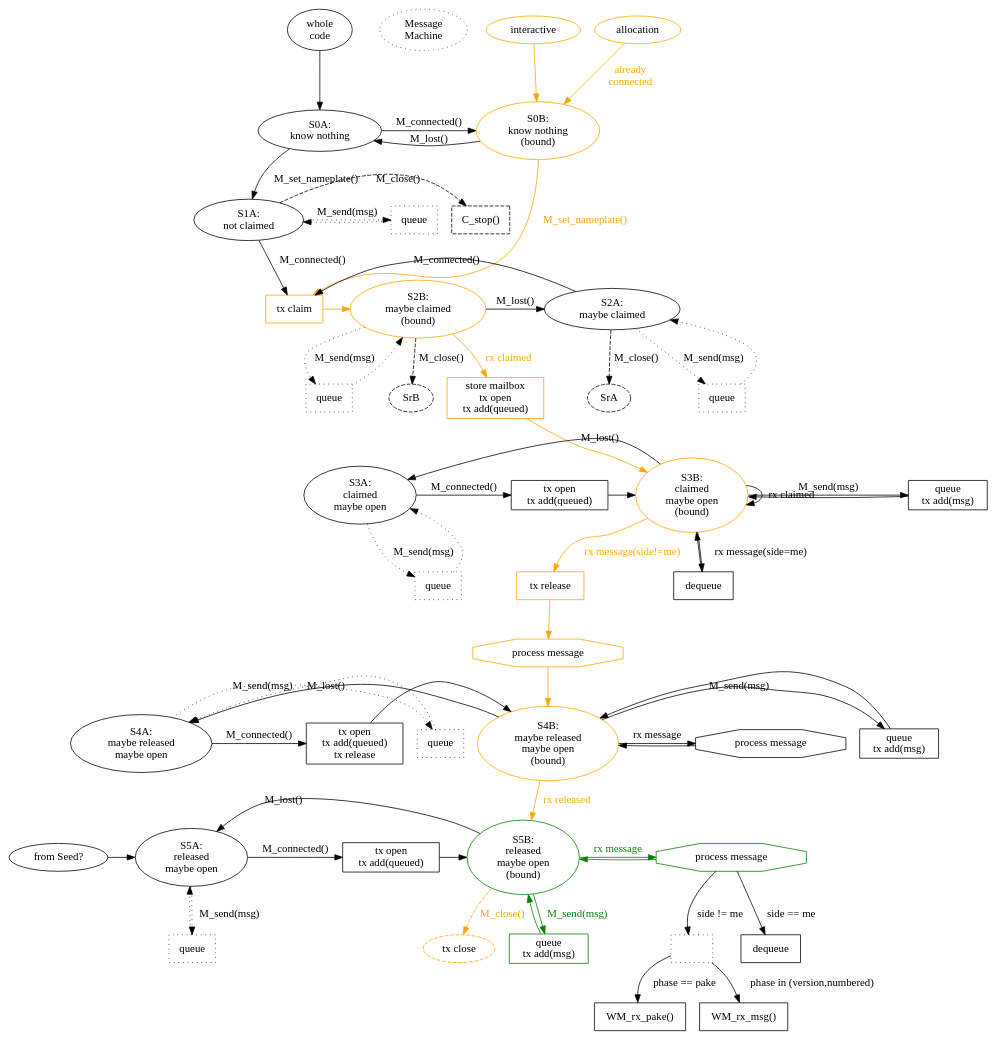
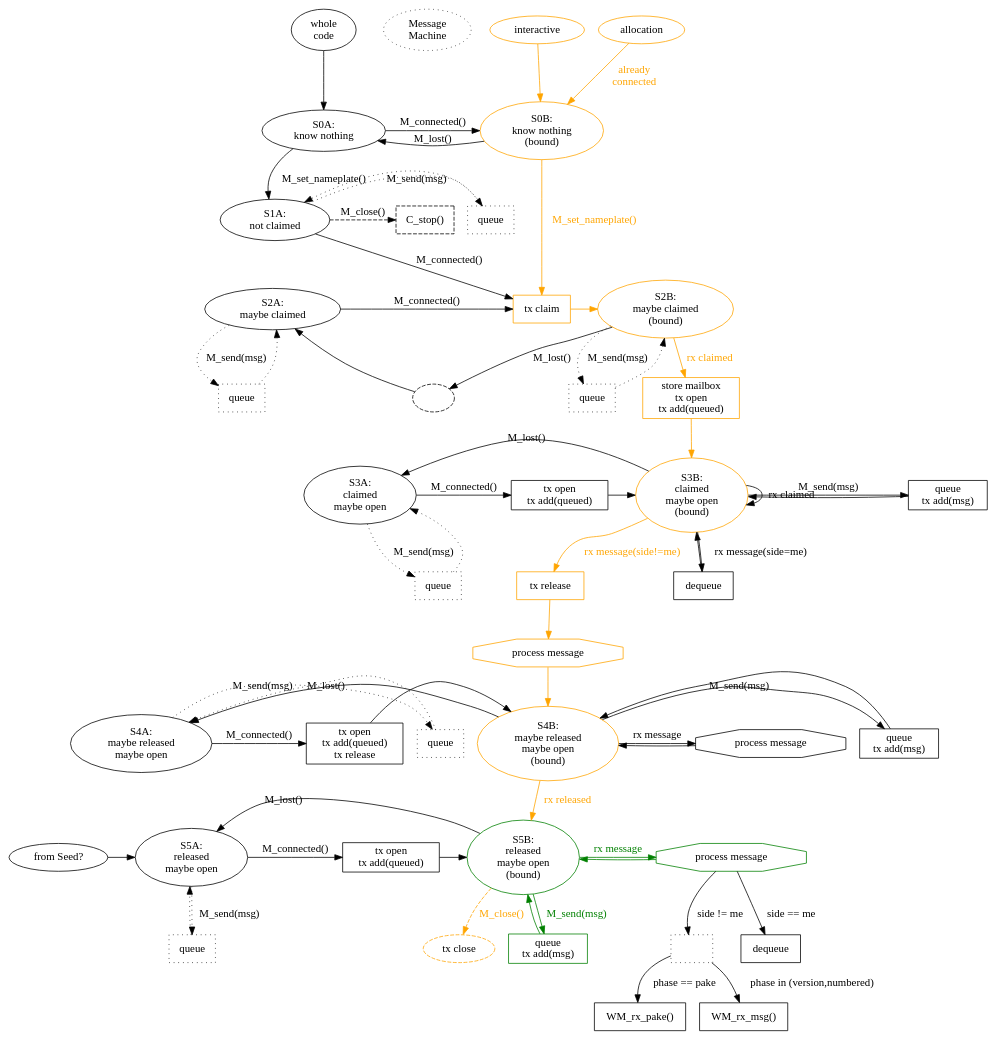
Before and after one commit to magic-wormhole/magic-wormhole: the diagram in docs/w2.dot, drawn with Graphviz. The commit also changed 4 other files, not shown here.

```diff
--- a/docs/w2.dot
+++ b/docs/w2.dot
@@ -1,147 +1,149 @@
 digraph {
         /* new idea */
 
         {rank=same; M_entry_whole_code M_title M_entry_allocation M_entry_interactive}
         M_entry_whole_code [label="whole\ncode"]
         M_entry_whole_code -> M_S0A
         M_title [label="Message\nMachine" style="dotted"]
         M_entry_whole_code -> M_title [style="invis"]
         M_entry_allocation [label="allocation" color="orange"]
         M_entry_allocation -> M_S0B [label="already\nconnected" color="orange" fontcolor="orange"]
         M_entry_interactive [label="interactive" color="orange"]
         M_entry_interactive -> M_S0B [color="orange"]
 
         {rank=same; M_S0A M_S0B}
         M_S0A [label="S0A:\nknow nothing"]
         M_S0B [label="S0B:\nknow nothing\n(bound)" color="orange"]
         M_S0A -> M_S0B [label="M_connected()"]
         M_S0B -> M_S0A [label="M_lost()"]
 
         M_S0A -> M_S1A [label="M_set_nameplate()"]
         M_S0B -> M_P2_claim [label="M_set_nameplate()" color="orange" fontcolor="orange"]
 
         {rank=same; M_S1A M_C_stop M_P1A_queue}
         M_S0B -> M_S2B [style="invis"]
         M_S1A -> M_S2A [style="invis"]
         M_S1A [label="S1A:\nnot claimed"]
         M_S1A -> M_P2_claim [label="M_connected()"]
         M_S1A -> M_C_stop [label="M_close()" style="dashed"]
         M_C_stop [shape="box" label="C_stop()" style="dashed"]
         M_S1A -> M_P1A_queue [label="M_send(msg)" style="dotted"]
         M_P1A_queue [shape="box" label="queue" style="dotted"]
         M_P1A_queue -> M_S1A [style="dotted"]
 
         {rank=same; M_S2B M_S2A M_P2_claim}
-        M_S1A -> M_S2A [style="invis"]
-        M_S2A -> M_S3A [style="invis"]
         M_S2A [label="S2A:\nmaybe claimed"]
         M_S2B [label="S2B:\nmaybe claimed\n(bound)" color="orange"]
-        M_S2B -> M_SrB [label="M_close()" style="dashed"]
-        M_SrB [label="SrB" style="dashed"]
-        M_S2A -> M_SrA [label="M_close()" style="dashed"]
-        M_SrA [label="SrA" style="dashed"]
+        #M_S2B -> M_SrB [label="M_close()" style="dashed"]
+        #M_SrB [label="SrB" style="dashed"]
+        #M_S2A -> M_SrA [label="M_close()" style="dashed"]
+        #M_SrA [label="SrA" style="dashed"]
 
         M_S2A -> M_P2_claim [label="M_connected()"]
-        M_S2B -> M_S2A [label="M_lost()"]
+        #M_S2B -> M_S2A [label="M_lost()"] # causes bad layout
+        M_S2B -> foo [label="M_lost()"]
+        foo [label="" style="dashed"]
+        foo -> M_S2A
+
         M_P2_claim [shape="box" label="tx claim" color="orange"]
         M_P2_claim -> M_S2B [color="orange"]
         M_S2A -> M_P2C_queue [label="M_send(msg)" style="dotted"]
         M_P2C_queue [shape="box" label="queue" style="dotted"]
         M_P2C_queue -> M_S2A [style="dotted"]
         M_S2B -> M_P2B_queue [label="M_send(msg)" style="dotted"]
         M_P2B_queue [shape="box" label="queue" style="dotted"]
         M_P2B_queue -> M_S2B [style="dotted"]
 
         M_S1A -> M_S3A [label="(none)" style="invis"]
         M_S2B -> M_P_open [label="rx claimed" color="orange" fontcolor="orange"]
         M_P_open [shape="box" label="store mailbox\ntx open\ntx add(queued)" color="orange"]
         M_P_open -> M_S3B [color="orange"]
 
         {rank=same; M_S3A M_S3B M_P3_open M_P3_send}
         M_S3A [label="S3A:\nclaimed\nmaybe open"]
         M_S3B [label="S3B:\nclaimed\nmaybe open\n(bound)" color="orange"]
         M_S3A -> M_P3_open [label="M_connected()"]
         M_S3B -> M_S3A [label="M_lost()"]
         M_P3_open [shape="box" label="tx open\ntx add(queued)"]
         M_P3_open -> M_S3B
         M_S3B -> M_S3B [label="rx claimed"]
         M_S3B -> M_P3_send [label="M_send(msg)"]
         M_P3_send [shape="box" label="queue\ntx add(msg)"]
         M_P3_send -> M_S3B
         M_S3A -> M_P3_queue [label="M_send(msg)" style="dotted"]
         M_P3_queue [shape="box" label="queue" style="dotted"]
         M_P3_queue -> M_S3A [style="dotted"]
 
         M_S3A -> M_S4A [label="(none)" style="invis"]
         M_S3B -> M_P3_process_ours [label="rx message(side=me)"]
         M_P3_process_ours [shape="box" label="dequeue"]
         M_P3_process_ours -> M_S3B
         M_S3B -> M_P3_process_theirs1 [label="rx message(side!=me)" color="orange" fontcolor="orange"]
         M_P3_process_theirs1 [shape="box" label="tx release" color="orange"]
         M_P3_process_theirs1 -> M_P3_process_theirs2 [color="orange"]
         M_P3_process_theirs2 [shape="octagon" label="process message" color="orange"]
         /* pay attention to the race here: this process_message() will
         deliver msg_pake to the WormholeMachine, which will compute_key() and
         M_send(version), and we're in between M_S1A (where M_send gets
         queued) and M_S3A (where M_send gets sent and queued), and we're no
         longer passing through the M_P3_open phase (which drains the queue).
         So there's a real possibility of the outbound msg_version getting
         dropped on the floor, or put in a queue but never delivered. */
         M_P3_process_theirs2 -> M_S4B [color="orange"]
 
         {rank=same; M_S4A M_P4_release M_S4B M_P4_process M_P4_send M_P4_queue}
         M_S4A [label="S4A:\nmaybe released\nmaybe open\n"]
 
         M_S4B [label="S4B:\nmaybe released\nmaybe open\n(bound)" color="orange"]
         M_S4A -> M_P4_release [label="M_connected()"]
         M_P4_release [shape="box" label="tx open\ntx add(queued)\ntx release"]
         M_S4B -> M_P4_send [label="M_send(msg)"]
         M_P4_send [shape="box" label="queue\ntx add(msg)"]
         M_P4_send -> M_S4B
         M_S4A -> M_P4_queue [label="M_send(msg)" style="dotted"]
         M_P4_queue [shape="box" label="queue" style="dotted"]
         M_P4_queue -> M_S4A [style="dotted"]
 
         M_P4_release -> M_S4B
         M_S4B -> M_S4A [label="M_lost()"]
         M_S4B -> M_P4_process [label="rx message"]
         M_P4_process [shape="octagon" label="process message"]
         M_P4_process -> M_S4B
 
         M_S4A -> M_S5A [label="(none)" style="invis"]
         M_S4B -> M_S5B [label="rx released" color="orange" fontcolor="orange"]
 
         seed [label="from Seed?"]
         M_S3A -> seed [style="invis"]
         M_S4A -> seed [style="invis"]
         seed -> M_S5A
         {rank=same; seed M_S5A M_S5B M_P5_open M_process}
         M_S5A [label="S5A:\nreleased\nmaybe open"]
         M_S5B [label="S5B:\nreleased\nmaybe open\n(bound)" color="green"]
         M_S5A -> M_P5_open [label="M_connected()"]
         M_P5_open [shape="box" label="tx open\ntx add(queued)"]
         M_P5_open -> M_S5B
         M_S5B -> M_S5A [label="M_lost()"]
         M_S5B -> M_process [label="rx message" color="green" fontcolor="green"]
         M_process [shape="octagon" label="process message" color="green"]
         M_process -> M_S5B [color="green"]
         M_S5B -> M_P5_send [label="M_send(msg)" color="green" fontcolor="green"]
         M_P5_send [shape="box" label="queue\ntx add(msg)" color="green"]
         M_P5_send -> M_S5B [color="green"]
         M_S5A -> M_P5_queue [label="M_send(msg)" style="dotted"]
         M_P5_queue [shape="box" label="queue" style="dotted"]
         M_P5_queue -> M_S5A [style="dotted"]
         M_S5B -> M_CcB_P_close [label="M_close()" style="dashed" color="orange" fontcolor="orange"]
         M_CcB_P_close [label="tx close" style="dashed" color="orange"]
 
         M_process [shape="octagon" label="process message"]
         M_process_me [shape="box" label="dequeue"]
         M_process -> M_process_me [label="side == me"]
         M_process_them [shape="box" label="" style="dotted"]
         M_process -> M_process_them [label="side != me"]
         M_process_them -> M_process_pake [label="phase == pake"]
         M_process_pake [shape="box" label="WM_rx_pake()"]
         M_process_them -> M_process_other [label="phase in (version,numbered)"]
         M_process_other [shape="box" label="WM_rx_msg()"]
 
 }
```
